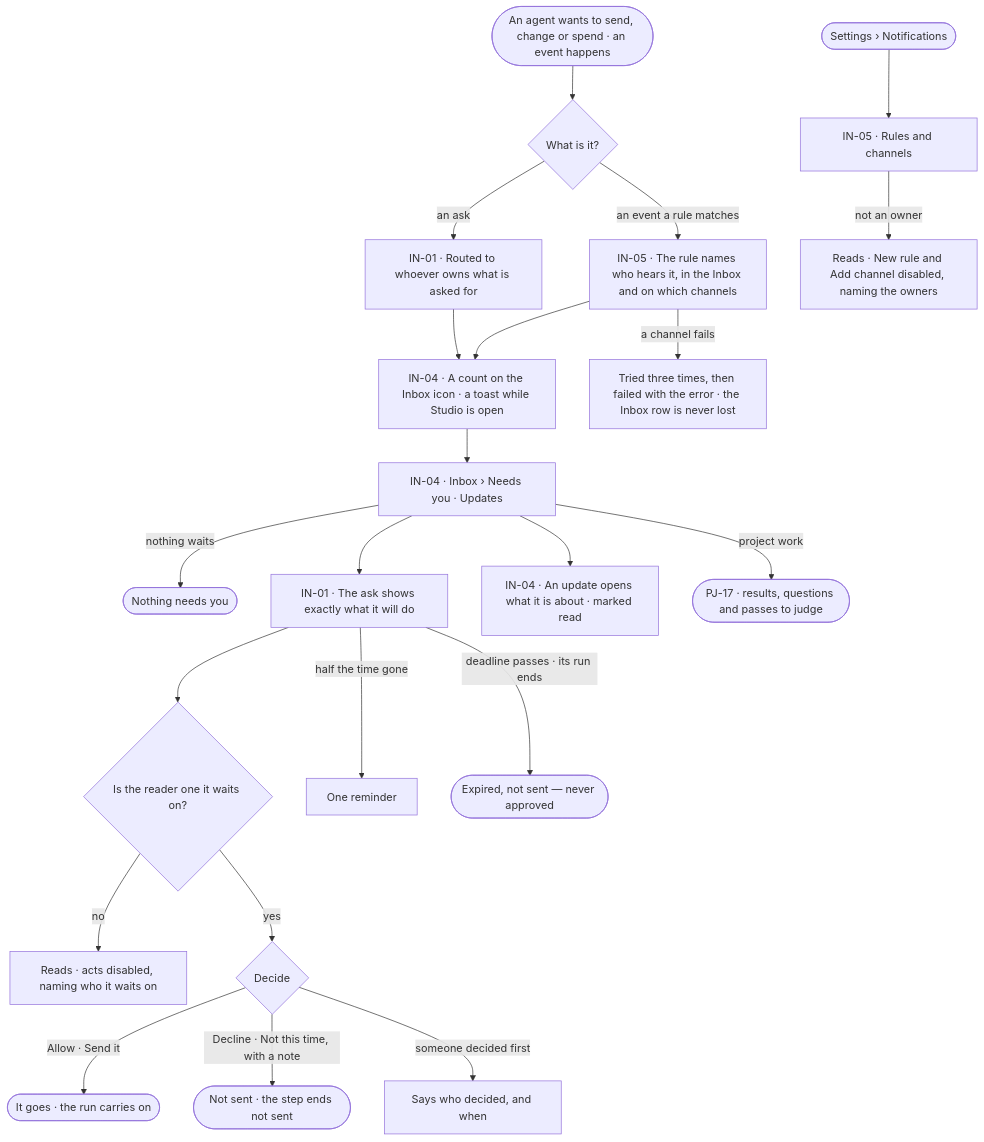
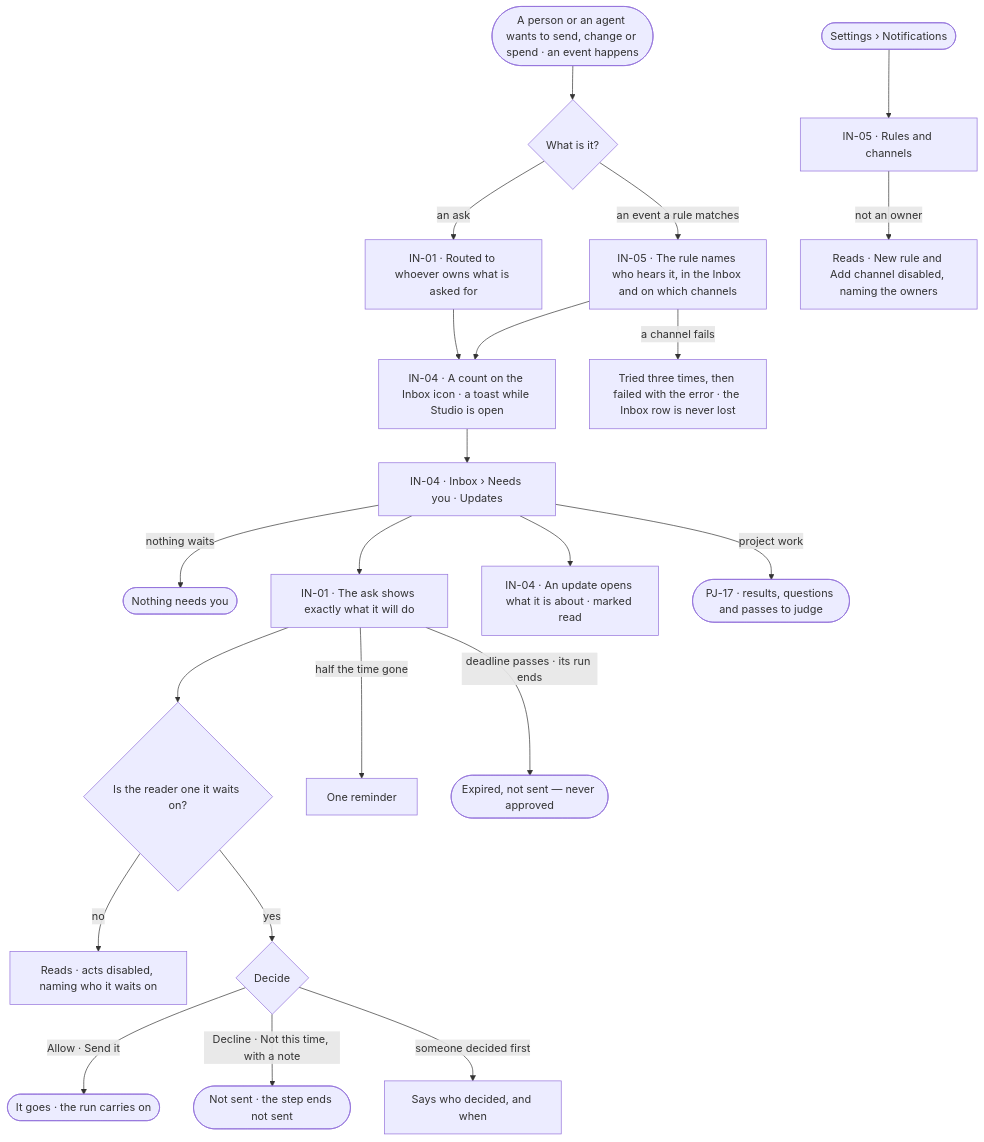
The first of 2 diagrams in specs/products/inbox/features/IN-F01-needs-you/feature.md (invana/invana), drawn with Mermaid before and after one commit. The commit also changed other lines of this file and 28 other files, not shown here.

````diff
--- a/specs/products/inbox/features/IN-F01-needs-you/feature.md
+++ b/specs/products/inbox/features/IN-F01-needs-you/feature.md
@@ -23,24 +23,24 @@
 ```mermaid
 flowchart TD
-  ev([An agent wants to send, change or spend · an event happens]) --> kind{"What is it?"}
+  ev([A person or an agent wants to send, change or spend · an event happens]) --> kind{"What is it?"}
   kind -->|an ask| route["IN-01 · Routed to whoever owns what is asked for"]
   route --> cnt["IN-04 · A count on the Inbox icon · a toast while Studio is open"]
   kind -->|an event a rule matches| rule["IN-05 · The rule names who hears it, in the Inbox and on which channels"]
   rule --> cnt
   rule -->|a channel fails| retry["Tried three times, then failed with the error · the Inbox row is never lost"]
   cnt --> inbox["IN-04 · Inbox › Needs you · Updates"]
   inbox -->|nothing waits| calm(["Nothing needs you"])
   inbox --> ask["IN-01 · The ask shows exactly what it will do"]
   ask --> who{"Is the reader one it waits on?"}
   who -->|no| ro["Reads · acts disabled, naming who it waits on"]
   who -->|yes| dec{"Decide"}
   dec -->|Allow · Send it| go(["It goes · the run carries on"])
   dec -->|Decline · Not this time, with a note| no(["Not sent · the step ends not sent"])
   dec -->|someone decided first| first["Says who decided, and when"]
   ask -->|half the time gone| rem["One reminder"]
   ask -->|deadline passes · its run ends| exp(["Expired, not sent — never approved"])
   inbox --> upd["IN-04 · An update opens what it is about · marked read"]
   inbox -->|project work| pj(["PJ-17 · results, questions and passes to judge"])
   set([Settings › Notifications]) --> r5["IN-05 · Rules and channels"]
   r5 -->|not an owner| r5ro["Reads · New rule and Add channel disabled, naming the owners"]
 ```
````
